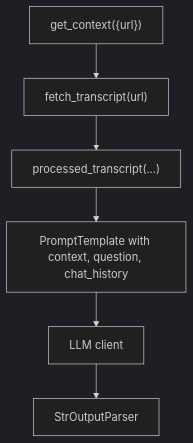
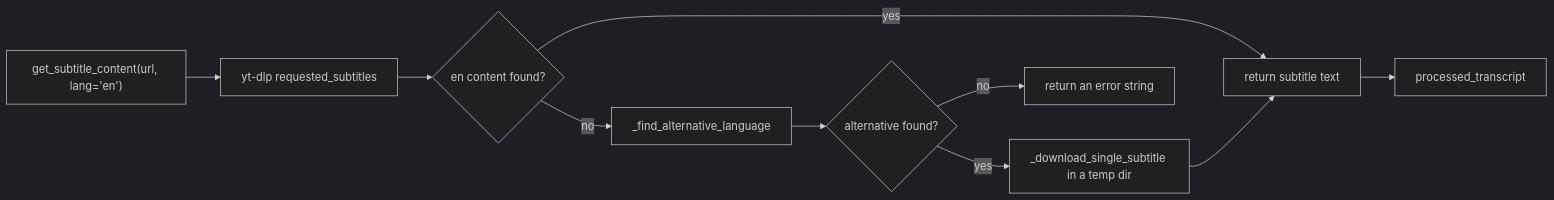
One commit to tashifkhan/tashif.codes changed the fourth of 5 diagrams in src/data/docs/agentic-browser/API Server/YouTube Integration API.md. Above: the diagram before and after it, drawn with Mermaid (dark theme). The commit also changed other lines of this file and 114 other files, not shown here.

````diff
--- a/src/data/docs/agentic-browser/API Server/YouTube Integration API.md
+++ b/src/data/docs/agentic-browser/API Server/YouTube Integration API.md
@@ -160,8 +124,12 @@
 ```mermaid
-flowchart TD
-A["get_context({url})"] --> B["fetch_transcript(url)"]
-B --> C["processed_transcript(...)"]
-C --> D["PromptTemplate with context, question, chat_history"]
-D --> E["LLM client"]
-E --> F["StrOutputParser"]
+flowchart LR
+  A["get_subtitle_content(url, lang='en')"] --> B["yt-dlp requested_subtitles"]
+  B --> C{"en content found?"}
+  C -->|"yes"| D["return subtitle text"]
+  C -->|"no"| E["_find_alternative_language"]
+  E --> F{"alternative found?"}
+  F -->|"no"| G["return an error string"]
+  F -->|"yes"| H["_download_single_subtitle in a temp dir"]
+  H --> D
+  D --> I["processed_transcript"]
 ```
````
